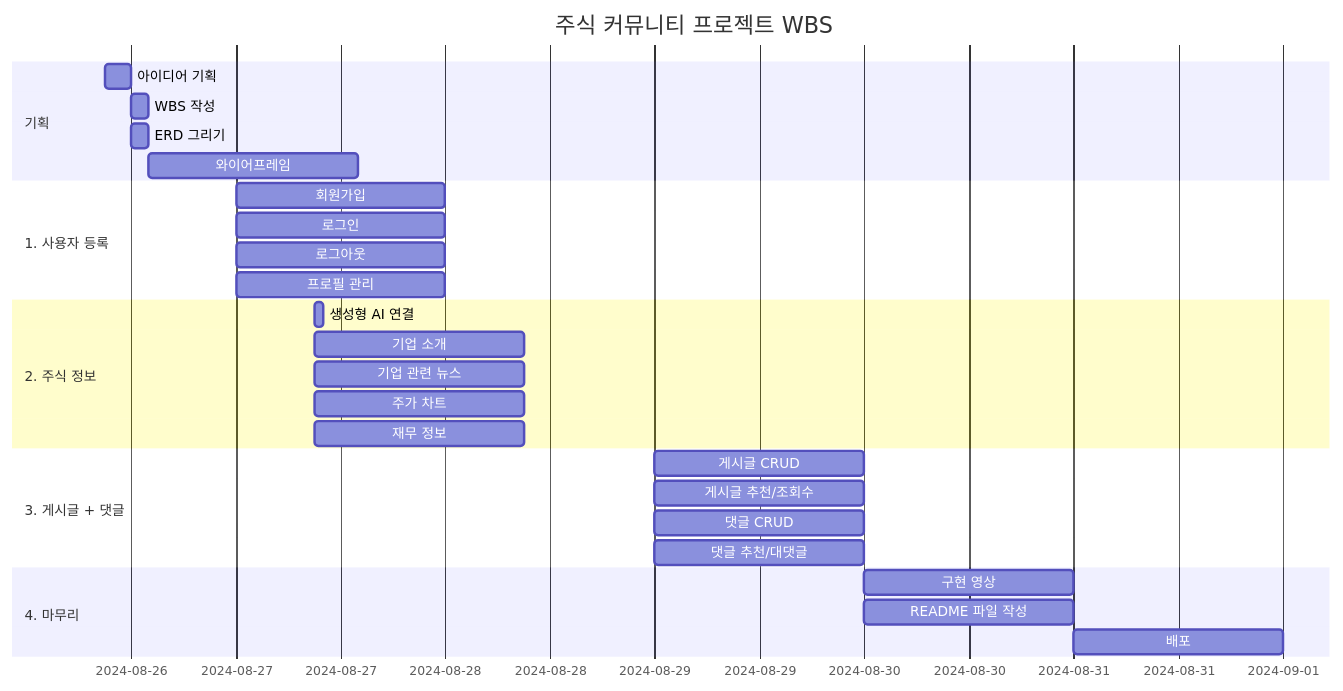
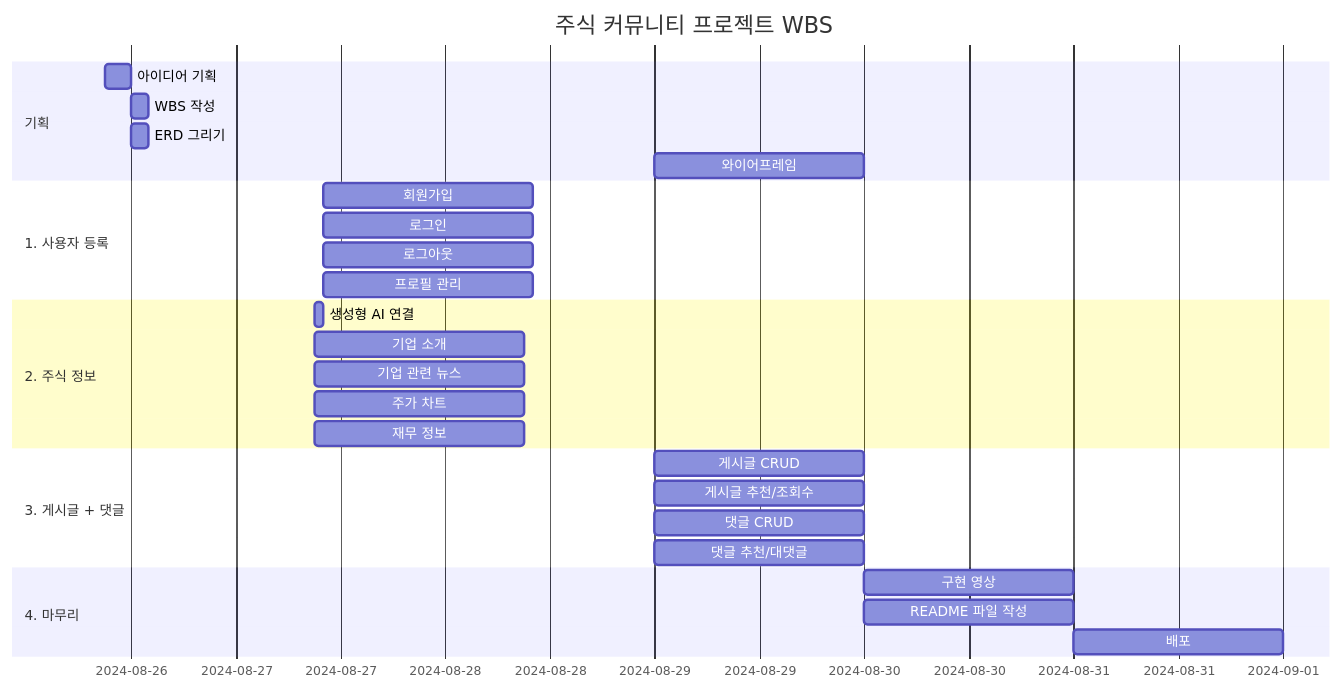
The first of 3 diagrams in README.md (Donggyu-Kim1/stalk), drawn with Mermaid before and after one commit. The commit also changed other lines of this file and 2 other files, not shown here.

Commit message:
accounts, stocks 마이그레이션

````diff
--- a/README.md
+++ b/README.md
@@ -193,35 +193,35 @@
 ```mermaid
 gantt
     title 주식 커뮤니티 프로젝트 WBS
     dateFormat  YYYY-MM-DD HH:mm
 
     section 기획
     아이디어 기획      :2024-08-26 09:00, 3h
     WBS 작성          :2024-08-26 12:00, 2h
     ERD 그리기         :2024-08-26 12:00, 2h
-    와이어프레임        :2024-08-26 14:00, 1d
+    와이어프레임        :2024-08-29, 1d
 
     section 1. 사용자 등록
-    회원가입           :2024-08-27, 1d
-    로그인             :2024-08-27, 1d
-    로그아웃           :2024-08-27, 1d
-    프로필 관리         :2024-08-27, 1d
+    회원가입           :2024-08-27 10:00, 1d
+    로그인             :2024-08-27 10:00, 1d
+    로그아웃           :2024-08-27 10:00, 1d
+    프로필 관리         :2024-08-27 10:00, 1d
 
     section 2. 주식 정보
     생성형 AI 연결     :2024-08-27 09:00, 1h
     기업 소개          :2024-08-27 09:00, 1d
     기업 관련 뉴스      :2024-08-27 09:00, 1d
     주가 차트          :2024-08-27 09:00, 1d
     재무 정보          :2024-08-27 09:00, 1d
 
     section 3. 게시글 + 댓글
     게시글 CRUD        :2024-08-29, 1d
     게시글 추천/조회수   :2024-08-29, 1d
     댓글 CRUD          :2024-08-29, 1d
     댓글 추천/대댓글     :2024-08-29, 1d
 
     section 4. 마무리
     구현 영상          :2024-08-30, 1d
     README 파일 작성   :2024-08-30, 1d
     배포              :2024-08-31, 1d
 ```
````
